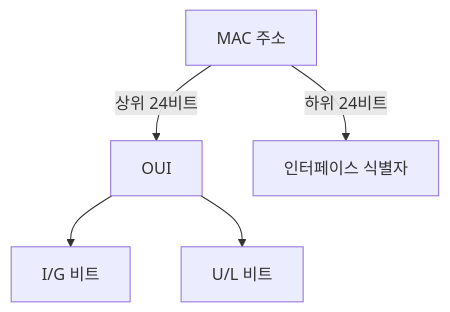
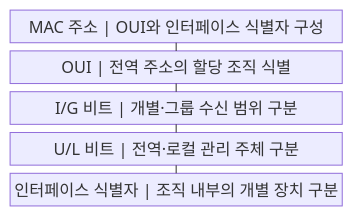
The first of 2 diagrams in src/content/docs/notes/04-network/006_mac_address.md (agnusdei1207/knowledge-base), drawn with Mermaid before and after one commit. The commit also changed other lines of this file and 20 other files, not shown here.

````diff
--- a/src/content/docs/notes/04-network/006_mac_address.md
+++ b/src/content/docs/notes/04-network/006_mac_address.md
@@ -56,12 +58,13 @@
 ```mermaid
-flowchart TB
-    M["MAC 주소"]
-    O["OUI"]
-    I["I/G 비트"]
-    U["U/L 비트"]
-    N["인터페이스 식별자"]
-    M -->|상위 24비트| O
-    M -->|하위 24비트| N
-    O --> I
-    O --> U
+block
+    columns 1
+    A["MAC 주소 | OUI와 인터페이스 식별자 구성"]
+    B["OUI | 전역 주소의 할당 조직 식별"]
+    C["I/G 비트 | 개별·그룹 수신 범위 구분"]
+    D["U/L 비트 | 전역·로컬 관리 주체 구분"]
+    E["인터페이스 식별자 | 조직 내부의 개별 장치 구분"]
+    A --- B
+    B --- C
+    C --- D
+    D --- E
 ```
````
